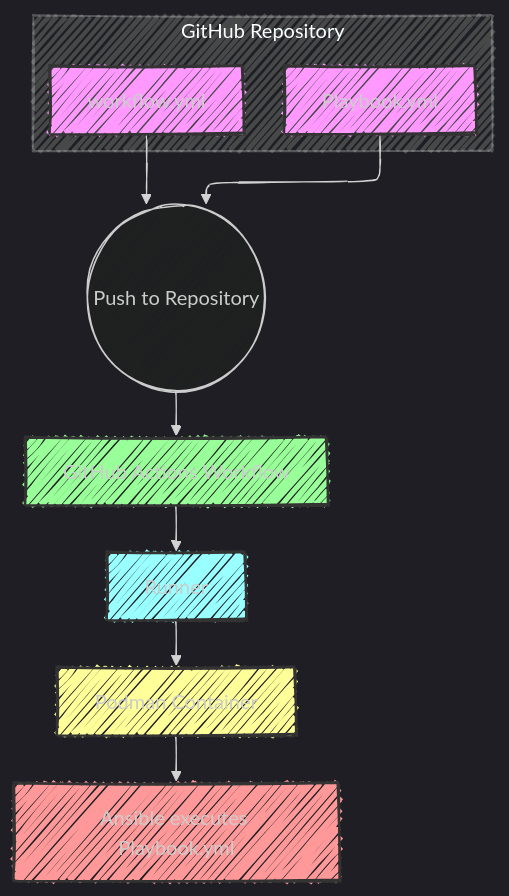
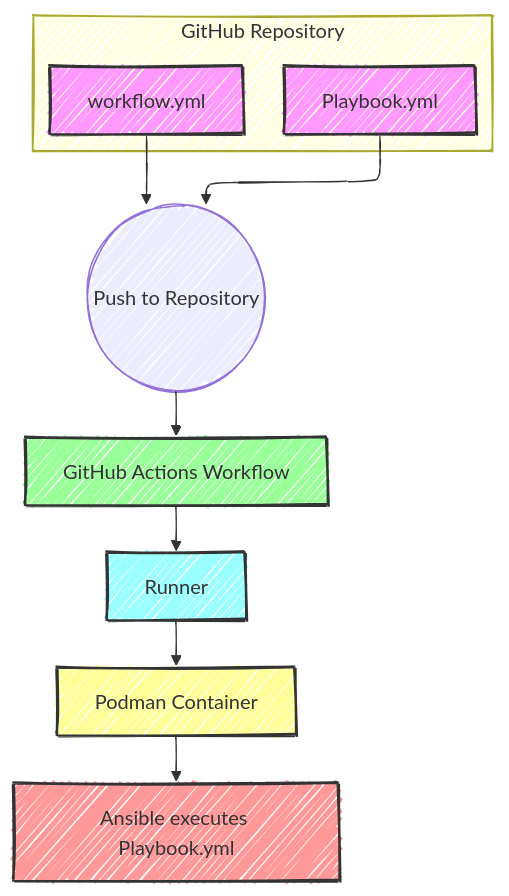
Before and after one commit to smartyjones/graphs: the diagram in README.md, drawn with Mermaid.

````diff
--- a/README.md
+++ b/README.md
@@ -3,26 +3,25 @@
 ```mermaid
 ---
 config:
   layout: elk
   look: handDrawn
-  theme: dark
 ---
 graph TD
     subgraph GitHub Repository
         A[Playbook.yml]
         B[workflow.yml]
     end
 
     A & B --> C((Push to Repository))
     C --> D[GitHub Actions Workflow]
     D --> E[Runner]
     E --> F[Podman Container]
     F --> G[Ansible executes Playbook.yml]
 
     style A fill:#f9f,stroke:#333,stroke-width:2px
     style B fill:#f9f,stroke:#333,stroke-width:2px
     style D fill:#9f9,stroke:#333,stroke-width:2px
     style E fill:#9ff,stroke:#333,stroke-width:2px
     style F fill:#ff9,stroke:#333,stroke-width:2px
     style G fill:#f99,stroke:#333,stroke-width:2px
 ```
````
